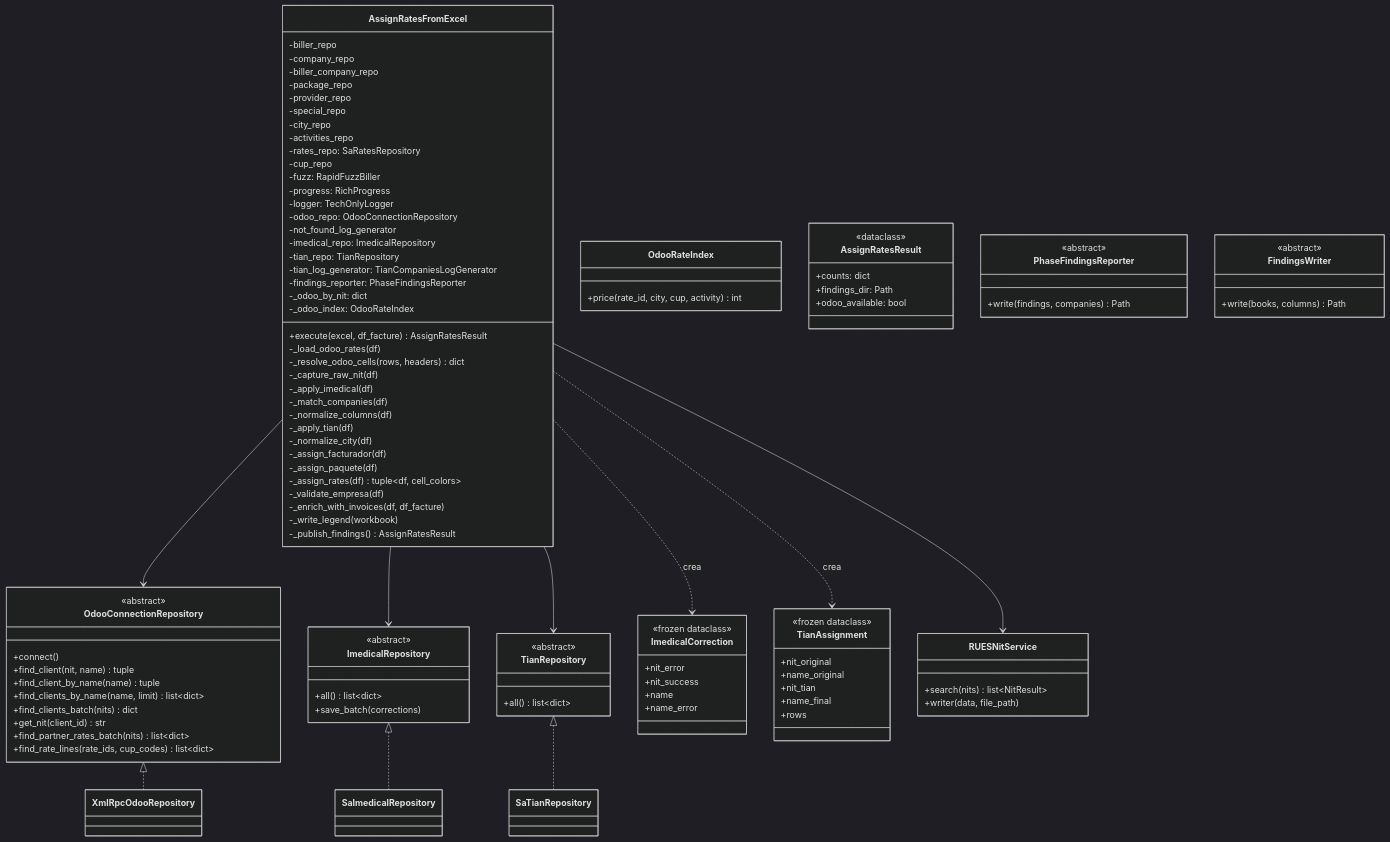
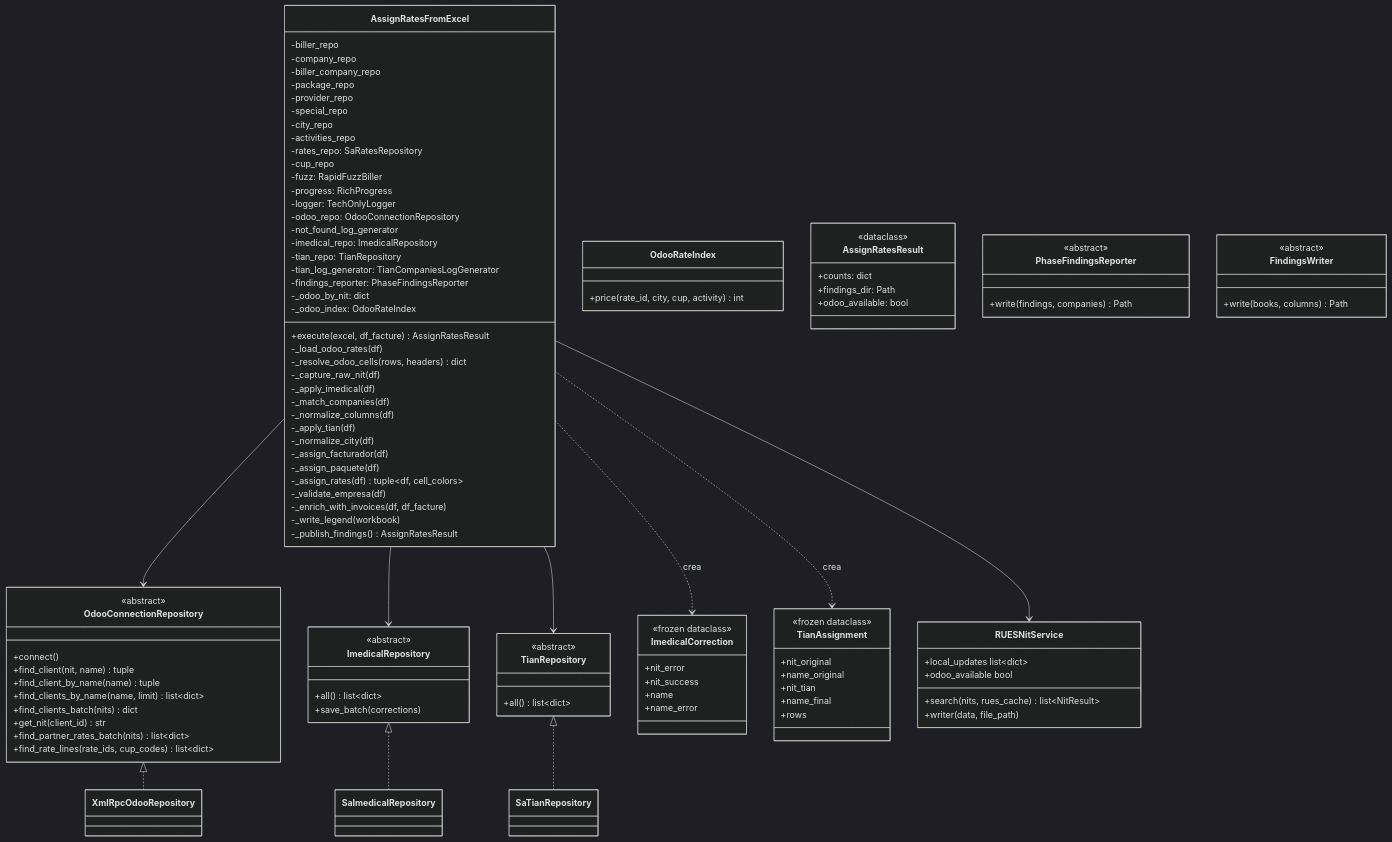
The fourth of 12 diagrams in docs/c4-diagrams.md (santo2409/Facturacion), drawn with Mermaid (dark theme) before and after one commit.

Commit message:
docs(docs): update c4-diagrams

```diff
--- a/docs/c4-diagrams.md
+++ b/docs/c4-diagrams.md
@@ -240,7 +240,9 @@
     }
 
     class RUESNitService {
-        +search(nits) list~NitResult~
+        +search(nits, rues_cache) list~NitResult~
+        +local_updates list~dict~
+        +odoo_available bool
         +writer(data, file_path)
     }
 
```
